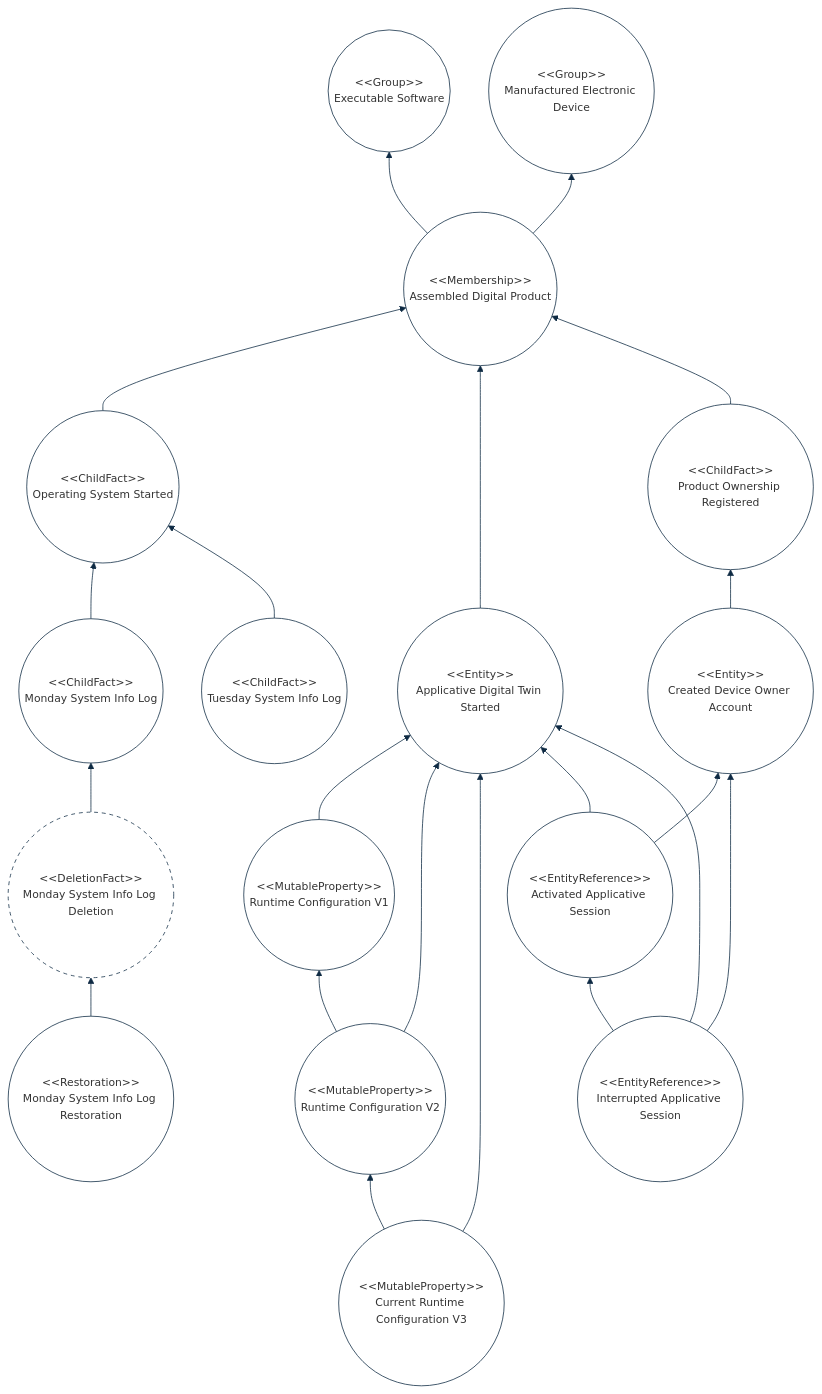
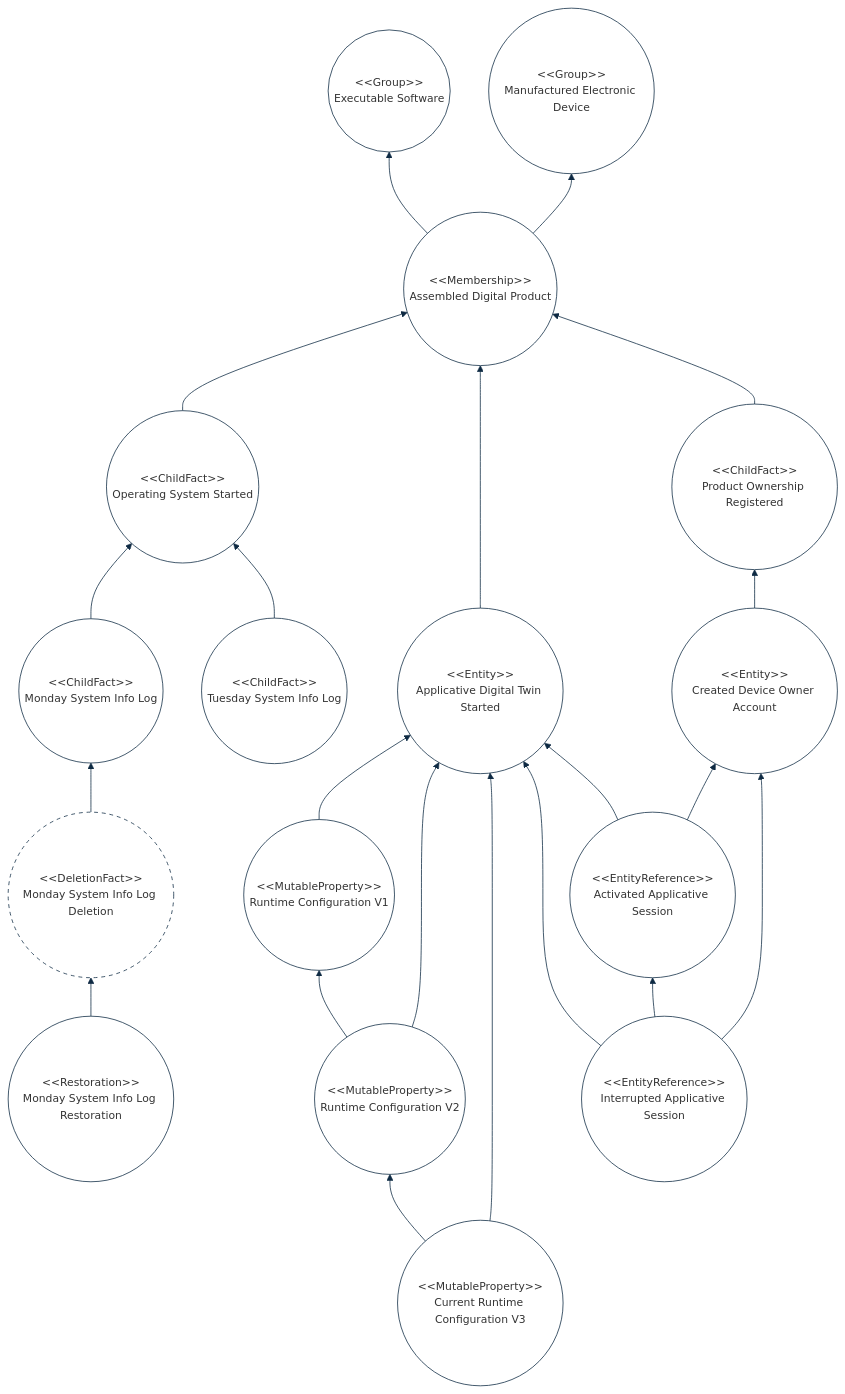
One commit to cybnity/foundation changed the second of 2 diagrams in implementations-line/framework/immutable/README.md. Above: the diagram before and after it, drawn with Mermaid. The commit also changed other lines of this file, not shown here.

````diff
--- a/implementations-line/framework/immutable/README.md
+++ b/implementations-line/framework/immutable/README.md
@@ -134,44 +134,44 @@
 ```mermaid
 %%{
   init: {
     'theme': 'base',
     'themeVariables': {
         'background': '#ffffff',
         'fontFamily': 'arial',
         'fontSize': '14px',
         'primaryColor': '#fff',
         'primaryBorderColor': '#0e2a43',
         'secondaryBorderColor': '#0e2a43',
         'tertiaryBorderColor': '#0e2a43',
         'edgeLabelBackground':'#0e2a43',
         'lineColor': '#0e2a43',
         'tertiaryColor': '#fff'
     }
   }
 }%%
 flowchart BT
     software(("#60;#60;Group#62;#62;<br/>Executable Software"))
     electronicdevice(("#60;#60;Group#62;#62;<br/>Manufactured Electronic Device"))
     system(("#60;#60;Membership#62;#62;<br/>Assembled Digital Product")) --> software
     system --> electronicdevice
     os(("#60;#60;ChildFact#62;#62;<br/>Operating System Started")) --> system
     application(("#60;#60;Entity#62;#62;<br/>Applicative Digital Twin Started")) --> system
     systemlog1(("#60;#60;ChildFact#62;#62;<br/>Monday System Info Log")) --> os
     systemlog2(("#60;#60;ChildFact#62;#62;<br/>Tuesday System Info Log")) --> os
     systemlog1deletion(("#60;#60;DeletionFact#62;#62;<br/>Monday System Info Log Deletion")) --> systemlog1
     style systemlog1deletion stroke-dasharray: 5 5
     systemlog1restoration(("#60;#60;Restoration#62;#62;<br/>Monday System Info Log Restoration")) --> systemlog1deletion
     runtimeconfig(("#60;#60;MutableProperty#62;#62;<br/>Runtime Configuration V1")) --> application
     runtimeconfig2(("#60;#60;MutableProperty#62;#62;<br/>Runtime Configuration V2")) --> application
     runtimeconfig2 --> runtimeconfig
     runtimeconfig3(("#60;#60;MutableProperty#62;#62;<br/>Current Runtime Configuration V3")) --> application
     runtimeconfig3 --> runtimeconfig2
     purchasedDeviceRegistration(("#60;#60;ChildFact#62;#62;<br/>Product Ownership Registered")) --> system
     deviceOwnerAccount(("#60;#60;Entity#62;#62;<br/>Created Device Owner Account")) --> purchasedDeviceRegistration
+    interruptedSession(("#60;#60;EntityReference#62;#62;<br/>Interrupted Applicative Session")) --> application
     operatingSession(("#60;#60;EntityReference#62;#62;<br/>Activated Applicative Session")) --> deviceOwnerAccount
     operatingSession --> application
     interruptedSession --> deviceOwnerAccount
     interruptedSession --> operatingSession
-    interruptedSession(("#60;#60;EntityReference#62;#62;<br/>Interrupted Applicative Session")) --> application
 
 ```
````
